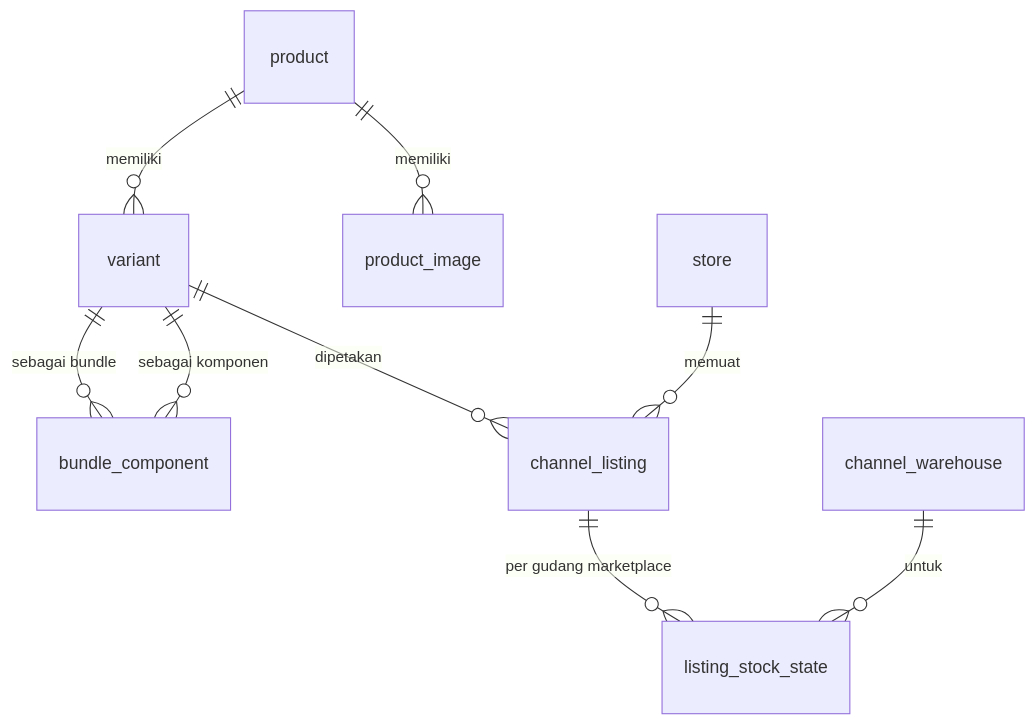
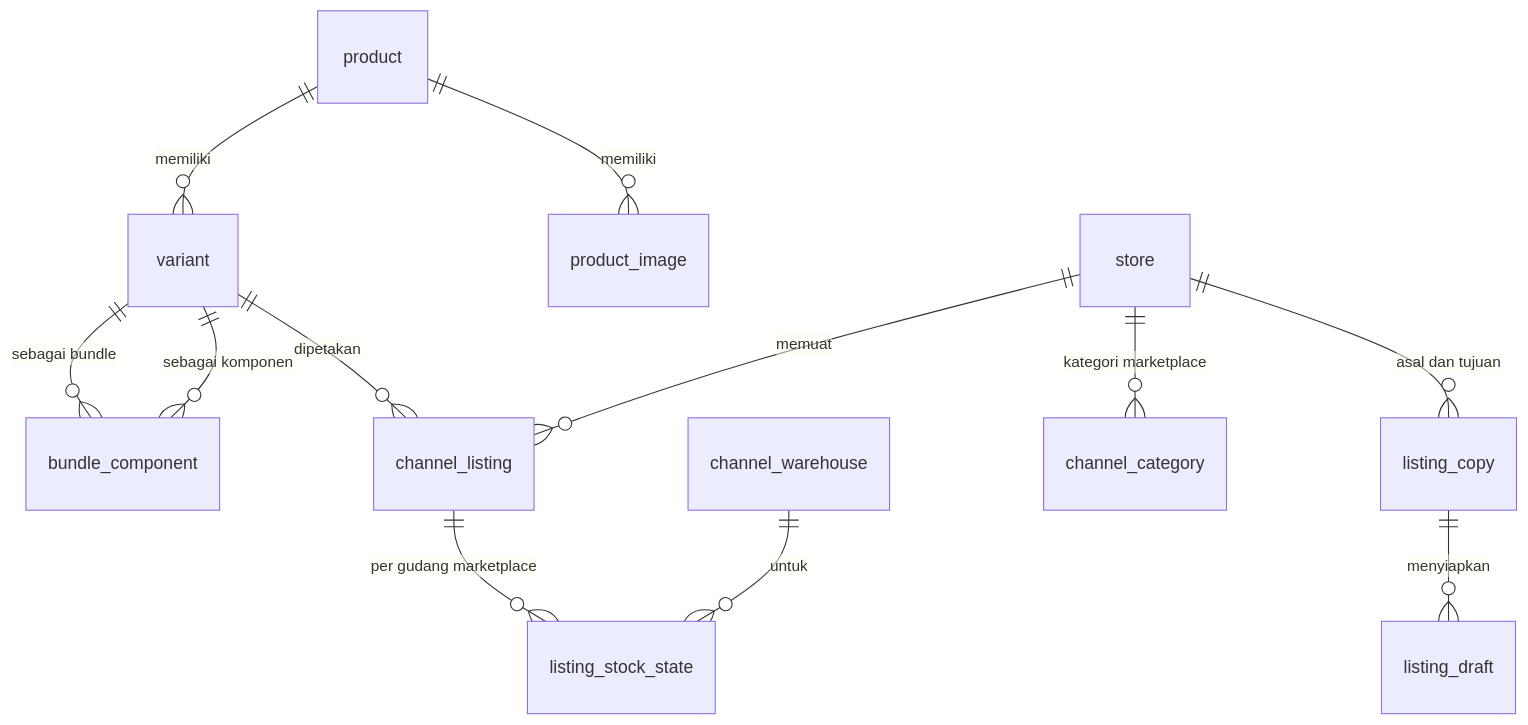
One commit to candradigitalindo/omniseller changed the third of 5 diagrams in DOKUMEN-ARSITEKTUR-BACKEND.md. Above: the diagram before and after it, drawn with Mermaid. The commit also changed other lines of this file and 71 other files, not shown here.

First line of the commit message:
Copy listings between own stores, a whole store at once, through reviewed drafts

````diff
--- a/DOKUMEN-ARSITEKTUR-BACKEND.md
+++ b/DOKUMEN-ARSITEKTUR-BACKEND.md
@@ -743,11 +743,14 @@
 ```mermaid
 erDiagram
     product ||--o{ variant : memiliki
     product ||--o{ product_image : memiliki
     variant ||--o{ bundle_component : "sebagai bundle"
     variant ||--o{ bundle_component : "sebagai komponen"
     variant ||--o{ channel_listing : dipetakan
     store ||--o{ channel_listing : memuat
     channel_listing ||--o{ listing_stock_state : "per gudang marketplace"
     channel_warehouse ||--o{ listing_stock_state : untuk
+    store ||--o{ channel_category : "kategori marketplace"
+    store ||--o{ listing_copy : "asal dan tujuan"
+    listing_copy ||--o{ listing_draft : menyiapkan
 ```
````
